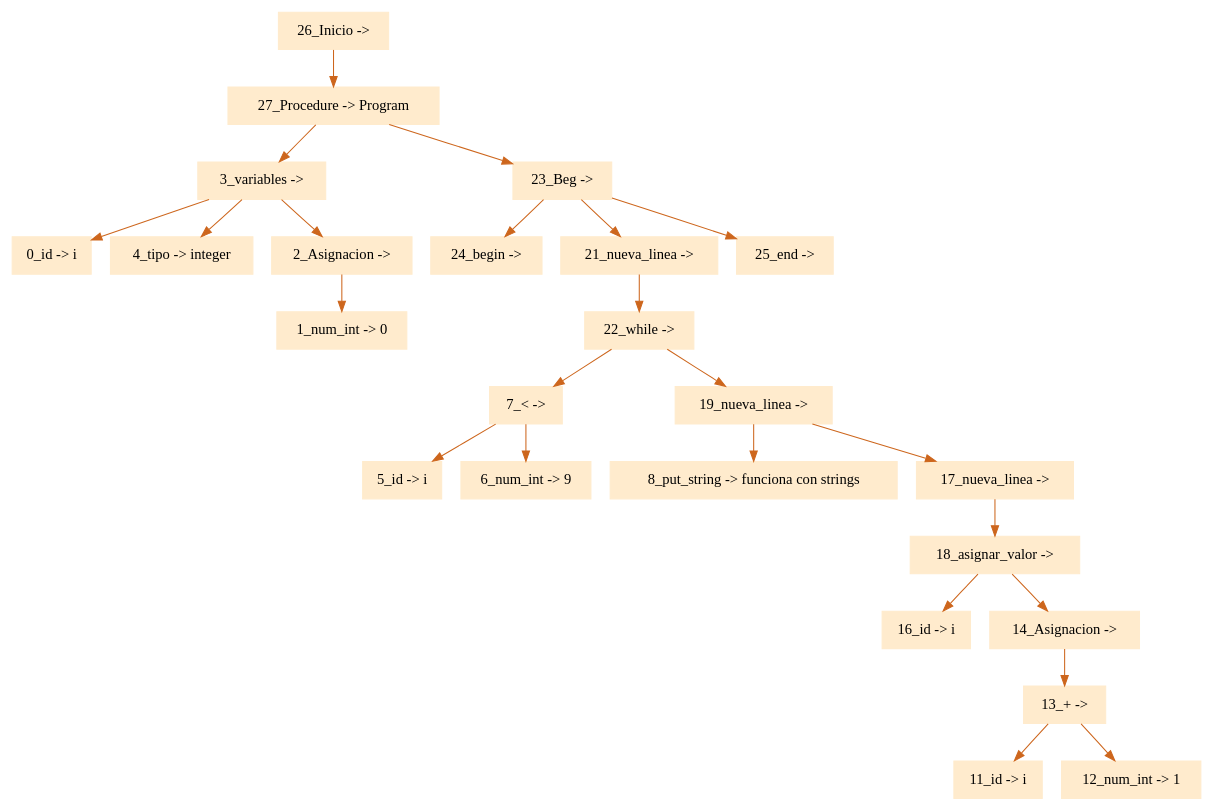
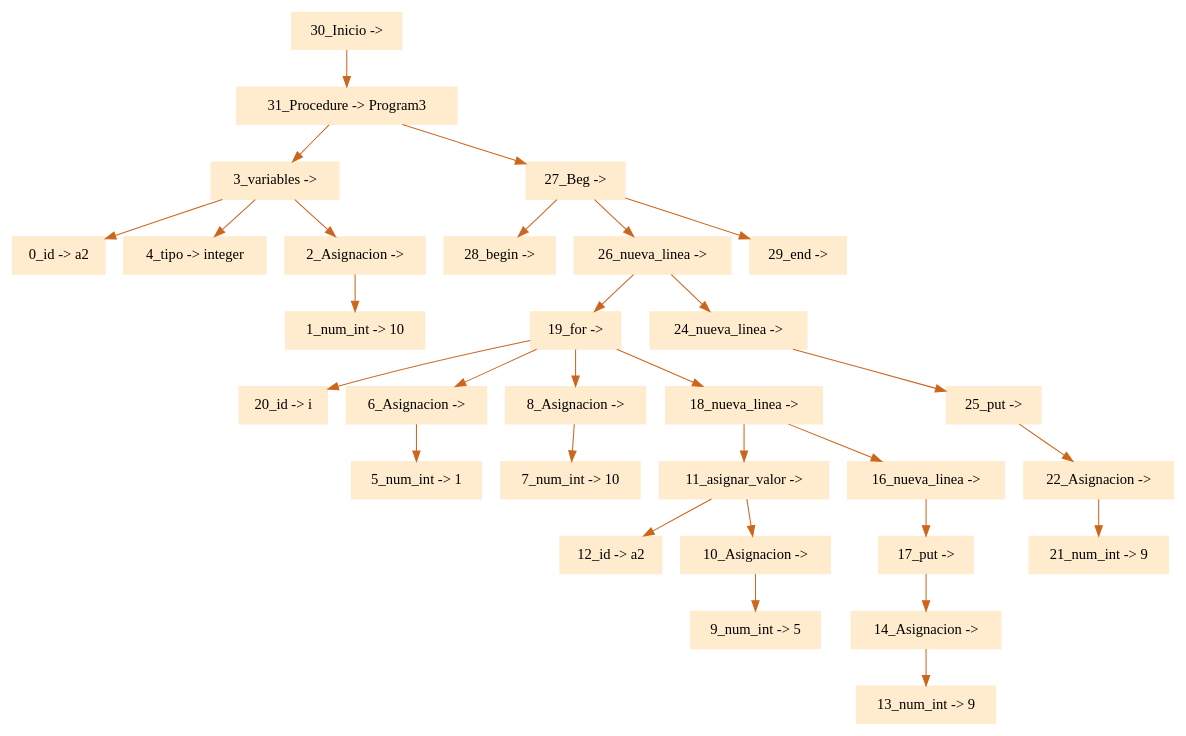
Before and after one commit to eliasgz97/Proyecto_Compiladores: the diagram in ProyectoCompiladores/arbol.dot, drawn with Graphviz. The commit also changed 2 other files, not shown here.

```diff
--- a/ProyectoCompiladores/arbol.dot
+++ b/ProyectoCompiladores/arbol.dot
@@ -1,28 +1,34 @@
 digraph G {node[shape=box, style=filled, color=blanchedalmond]; edge[color=chocolate3];rankdir=UD 
 
-"26_Inicio -> "->"27_Procedure -> Program"
-"27_Procedure -> Program"->"3_variables -> "
-"3_variables -> "->"0_id -> i"
+"30_Inicio -> "->"31_Procedure -> Program3"
+"31_Procedure -> Program3"->"3_variables -> "
+"3_variables -> "->"0_id -> a2"
 "3_variables -> "->"4_tipo -> integer"
 "3_variables -> "->"2_Asignacion -> "
-"2_Asignacion -> "->"1_num_int -> 0"
-"27_Procedure -> Program"->"23_Beg -> "
-"23_Beg -> "->"24_begin -> "
-"23_Beg -> "->"21_nueva_linea -> "
-"21_nueva_linea -> "->"22_while -> "
-"22_while -> "->"7_< -> "
-"7_< -> "->"5_id -> i"
-"7_< -> "->"6_num_int -> 9"
-"22_while -> "->"19_nueva_linea -> "
-"19_nueva_linea -> "->"8_put_string -> funciona con strings"
-"19_nueva_linea -> "->"17_nueva_linea -> "
-"17_nueva_linea -> "->"18_asignar_valor -> "
-"18_asignar_valor -> "->"16_id -> i"
-"18_asignar_valor -> "->"14_Asignacion -> "
-"14_Asignacion -> "->"13_+ -> "
-"13_+ -> "->"11_id -> i"
-"13_+ -> "->"12_num_int -> 1"
-"23_Beg -> "->"25_end -> "
+"2_Asignacion -> "->"1_num_int -> 10"
+"31_Procedure -> Program3"->"27_Beg -> "
+"27_Beg -> "->"28_begin -> "
+"27_Beg -> "->"26_nueva_linea -> "
+"26_nueva_linea -> "->"19_for -> "
+"19_for -> "->"20_id -> i"
+"19_for -> "->"6_Asignacion -> "
+"6_Asignacion -> "->"5_num_int -> 1"
+"19_for -> "->"8_Asignacion -> "
+"8_Asignacion -> "->"7_num_int -> 10"
+"19_for -> "->"18_nueva_linea -> "
+"18_nueva_linea -> "->"11_asignar_valor -> "
+"11_asignar_valor -> "->"12_id -> a2"
+"11_asignar_valor -> "->"10_Asignacion -> "
+"10_Asignacion -> "->"9_num_int -> 5"
+"18_nueva_linea -> "->"16_nueva_linea -> "
+"16_nueva_linea -> "->"17_put -> "
+"17_put -> "->"14_Asignacion -> "
+"14_Asignacion -> "->"13_num_int -> 9"
+"26_nueva_linea -> "->"24_nueva_linea -> "
+"24_nueva_linea -> "->"25_put -> "
+"25_put -> "->"22_Asignacion -> "
+"22_Asignacion -> "->"21_num_int -> 9"
+"27_Beg -> "->"29_end -> "
 
 
 }
```
